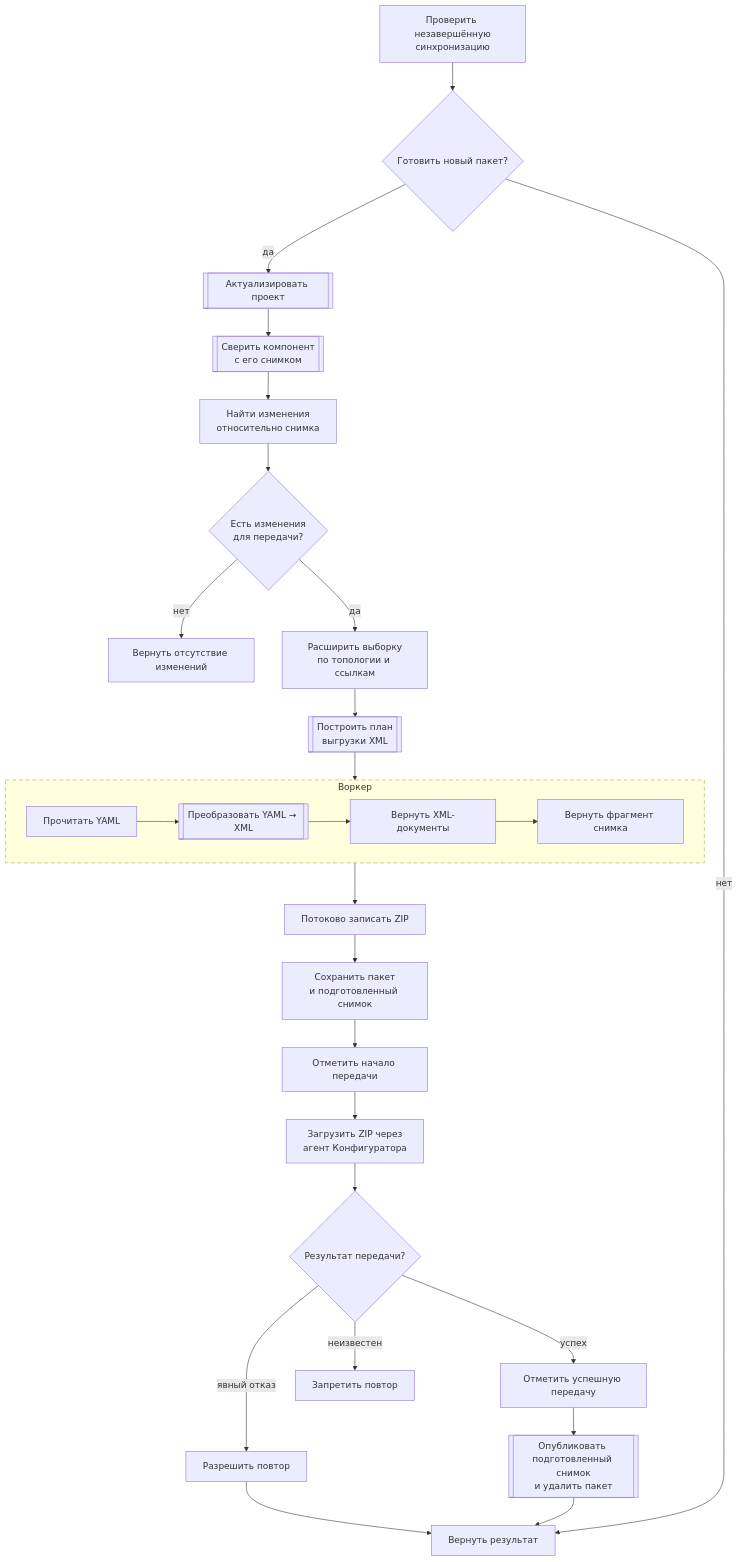
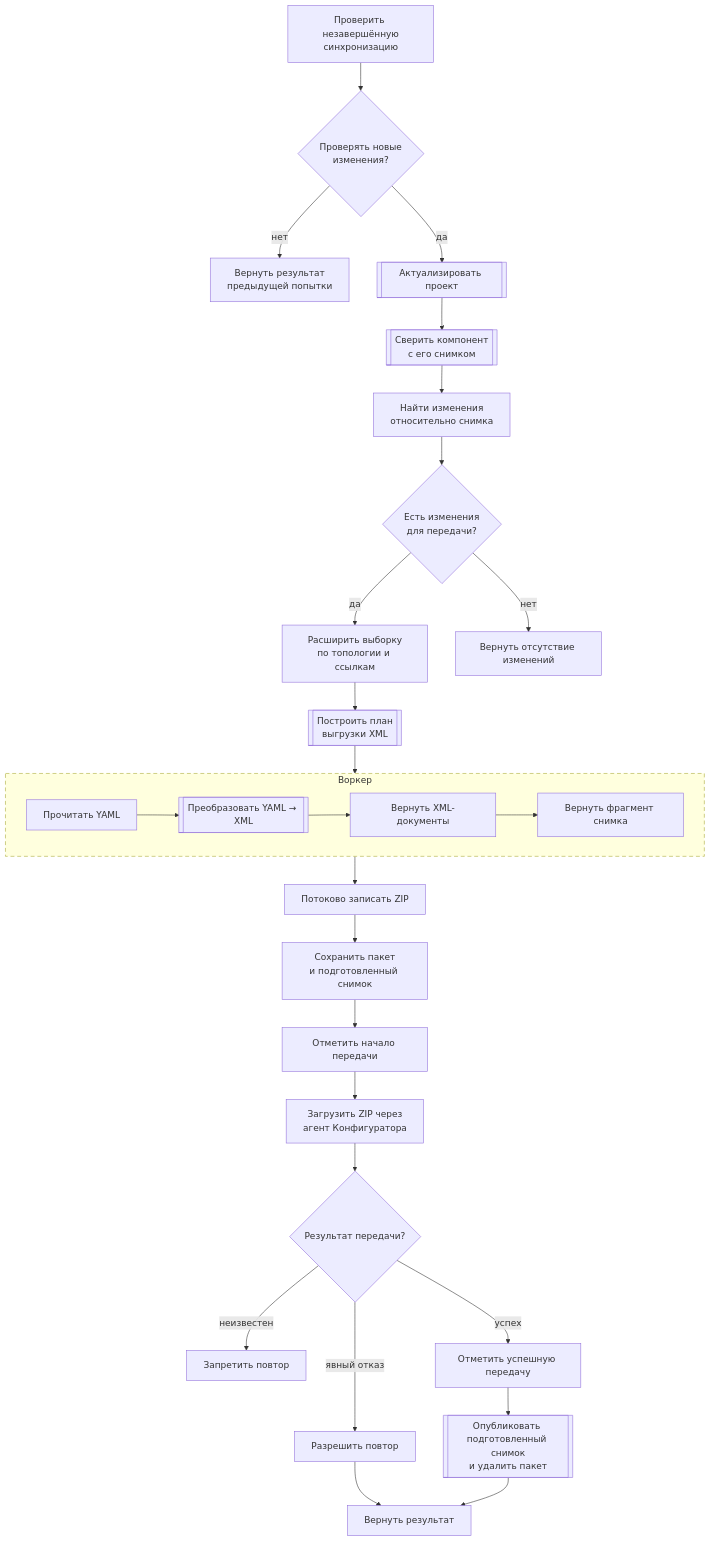
One commit to crimsongoldteam/nkdk changed the ninth of 11 diagrams in .agents/architecture.md. Above: the diagram before and after it, drawn with Mermaid.

Commit message:
docs: :memo: уточнить начало частичной синхронизации
Заменить внутреннее понятие пакета проверкой новых изменений и завершить ветку предыдущей попытки рядом с развилкой.

````diff
--- a/.agents/architecture.md
+++ b/.agents/architecture.md
@@ -287,40 +287,41 @@
 ```mermaid
 flowchart TD
   pending["Проверить незавершённую<br/>синхронизацию"]
-  proceed{"Готовить новый пакет?"}
+  proceed{"Проверять новые<br/>изменения?"}
+  previous["Вернуть результат<br/>предыдущей попытки"]
   validate[["Актуализировать проект"]]
   target[["Сверить компонент<br/>с его снимком"]]
   changes["Найти изменения<br/>относительно снимка"]
   work{"Есть изменения<br/>для передачи?"}
   impact["Расширить выборку<br/>по топологии и ссылкам"]
   plan[["Построить план<br/>выгрузки XML"]]
 
   subgraph partialSyncJob["Воркер"]
     direction LR
     readYaml["Прочитать YAML"] --> toXml[["Преобразовать YAML → XML"]] --> document["Вернуть XML-документы"] --> fragment["Вернуть фрагмент снимка"]
   end
 
   archive["Потоково записать ZIP"]
   prepared["Сохранить пакет<br/>и подготовленный снимок"]
   noChanges["Вернуть отсутствие изменений"]
   transferring["Отметить начало передачи"]
   load["Загрузить ZIP через<br/>агент Конфигуратора"]
   outcome{"Результат передачи?"}
   retry["Разрешить повтор"]
   unknown["Запретить повтор"]
   applied["Отметить успешную передачу"]
   publish[["Опубликовать подготовленный снимок<br/>и удалить пакет"]]
   result["Вернуть результат"]
 
   pending --> proceed
   proceed -- "да" --> validate
-  proceed -- "нет" --> result
+  proceed -- "нет" --> previous
   validate --> target --> changes --> work
   work -- "нет" --> noChanges
   work -- "да" --> impact --> plan --> partialSyncJob --> archive --> prepared
   prepared --> transferring --> load --> outcome
   outcome -- "явный отказ" --> retry --> result
   outcome -- "неизвестен" --> unknown
   outcome -- "успех" --> applied --> publish --> result
   style partialSyncJob stroke-dasharray: 7 5
 ```
````
